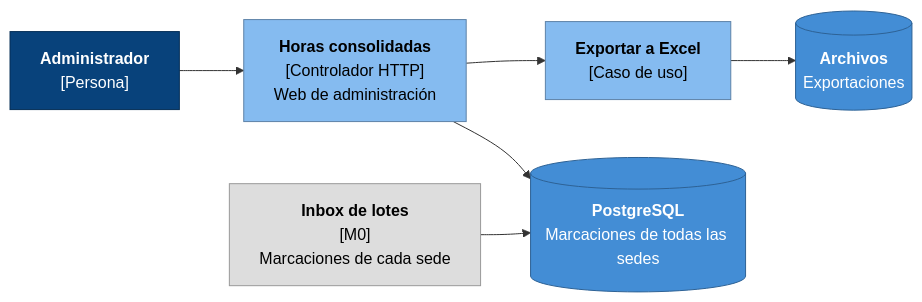
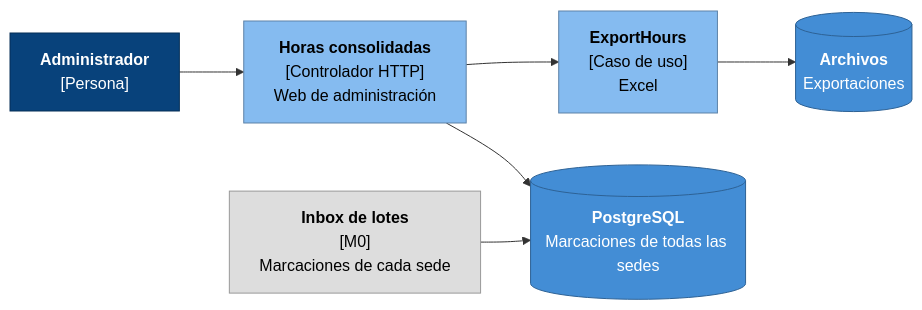
One commit to CesarJOtizM/blackHole changed the second of 2 diagrams in docs/arquitectura/componentes/c4-m8-asistencia.md. Above: the diagram before and after it, drawn with Mermaid. The commit also changed other lines of this file and 159 other files, not shown here.

````diff
--- a/docs/arquitectura/componentes/c4-m8-asistencia.md
+++ b/docs/arquitectura/componentes/c4-m8-asistencia.md
@@ -82,20 +82,20 @@
 ```mermaid
 flowchart LR
   ADM["<b>Administrador</b><br/>[Persona]"]:::persona
   INB["<b>Inbox de lotes</b><br/>[M0]<br/>Marcaciones de cada sede"]:::modulo
   RH["<b>Horas consolidadas</b><br/>[Controlador HTTP]<br/>Web de administración"]:::componente
-  EXP["<b>Exportar a Excel</b><br/>[Caso de uso]"]:::componente
+  EXP["<b>ExportHours</b><br/>[Caso de uso]<br/>Excel"]:::componente
   PG[("<b>PostgreSQL</b><br/>Marcaciones de todas las sedes")]:::contenedor
   OBJ[("<b>Archivos</b><br/>Exportaciones")]:::contenedor
 
   ADM --> RH
   INB --> PG
   RH --> EXP
   RH --> PG
   EXP --> OBJ
 
   classDef persona fill:#08427b,stroke:#052e56,color:#fff
   classDef componente fill:#85bbf0,stroke:#5d82a8,color:#000
   classDef contenedor fill:#438dd5,stroke:#2e6295,color:#fff
   classDef modulo fill:#dddddd,stroke:#999999,color:#000
 ```
````
